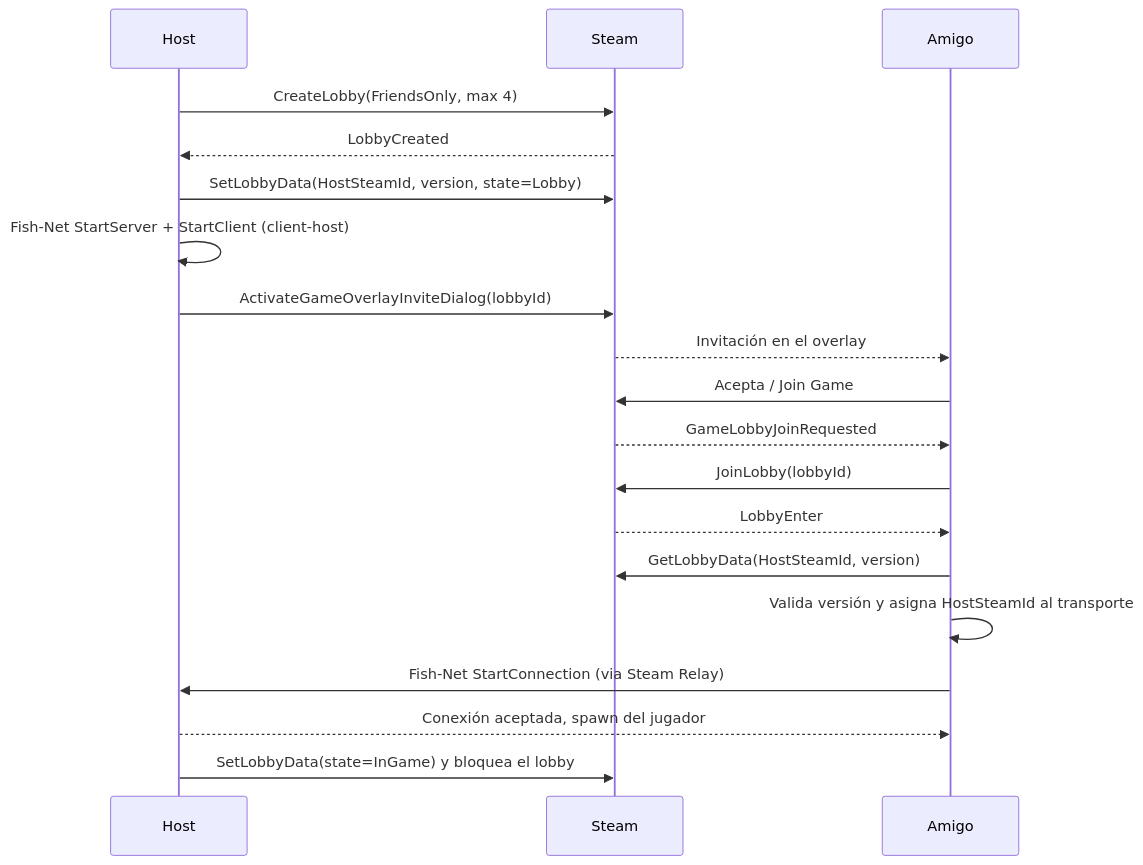
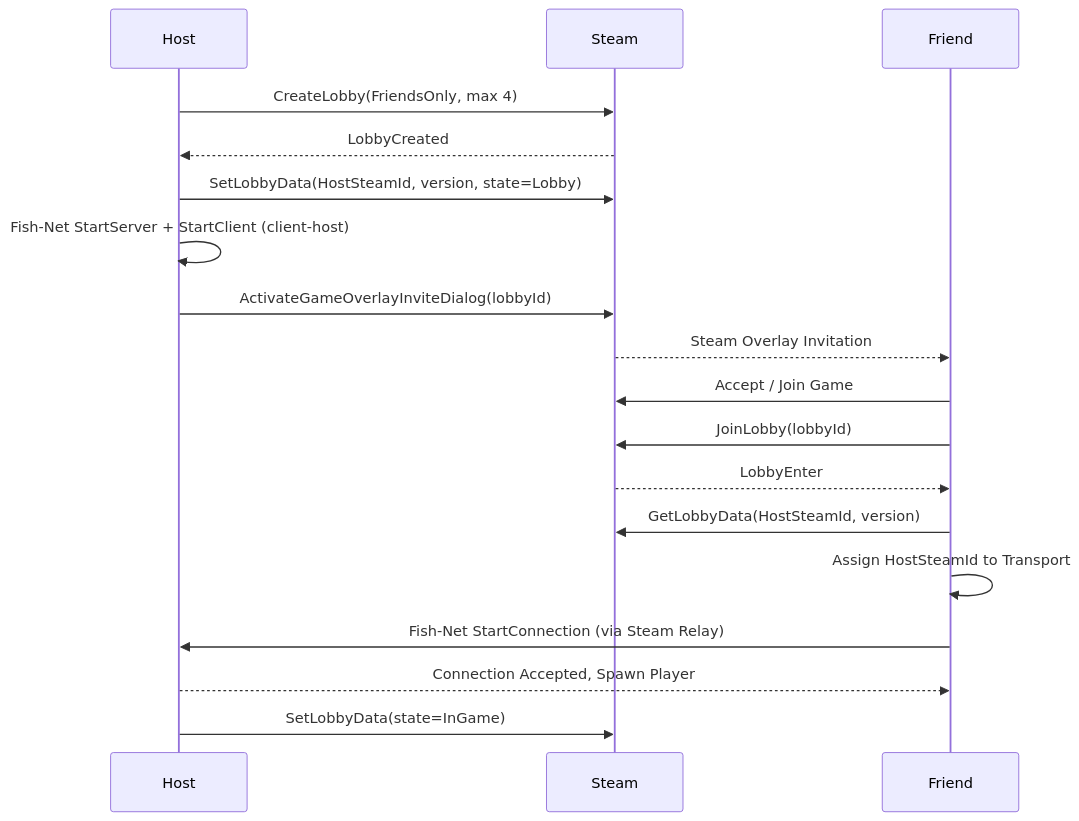
Before and after one commit to DanDavD/EchoGame: the diagram in docs/NETWORKING.md, drawn with Mermaid. The commit also changed other lines of this file and 16 other files, not shown here.

````diff
--- a/docs/NETWORKING.md
+++ b/docs/NETWORKING.md
@@ -87,21 +50,20 @@
 ```mermaid
 sequenceDiagram
     participant H as Host
     participant S as Steam
-    participant F as Amigo
+    participant F as Friend
     H->>S: CreateLobby(FriendsOnly, max 4)
     S-->>H: LobbyCreated
     H->>S: SetLobbyData(HostSteamId, version, state=Lobby)
     H->>H: Fish-Net StartServer + StartClient (client-host)
     H->>S: ActivateGameOverlayInviteDialog(lobbyId)
-    S-->>F: Invitación en el overlay
-    F->>S: Acepta / Join Game
-    S-->>F: GameLobbyJoinRequested
+    S-->>F: Steam Overlay Invitation
+    F->>S: Accept / Join Game
     F->>S: JoinLobby(lobbyId)
     S-->>F: LobbyEnter
     F->>S: GetLobbyData(HostSteamId, version)
-    F->>F: Valida versión y asigna HostSteamId al transporte
+    F->>F: Assign HostSteamId to Transport
     F->>H: Fish-Net StartConnection (via Steam Relay)
-    H-->>F: Conexión aceptada, spawn del jugador
-    H->>S: SetLobbyData(state=InGame) y bloquea el lobby
+    H-->>F: Connection Accepted, Spawn Player
+    H->>S: SetLobbyData(state=InGame)
 ```
````
